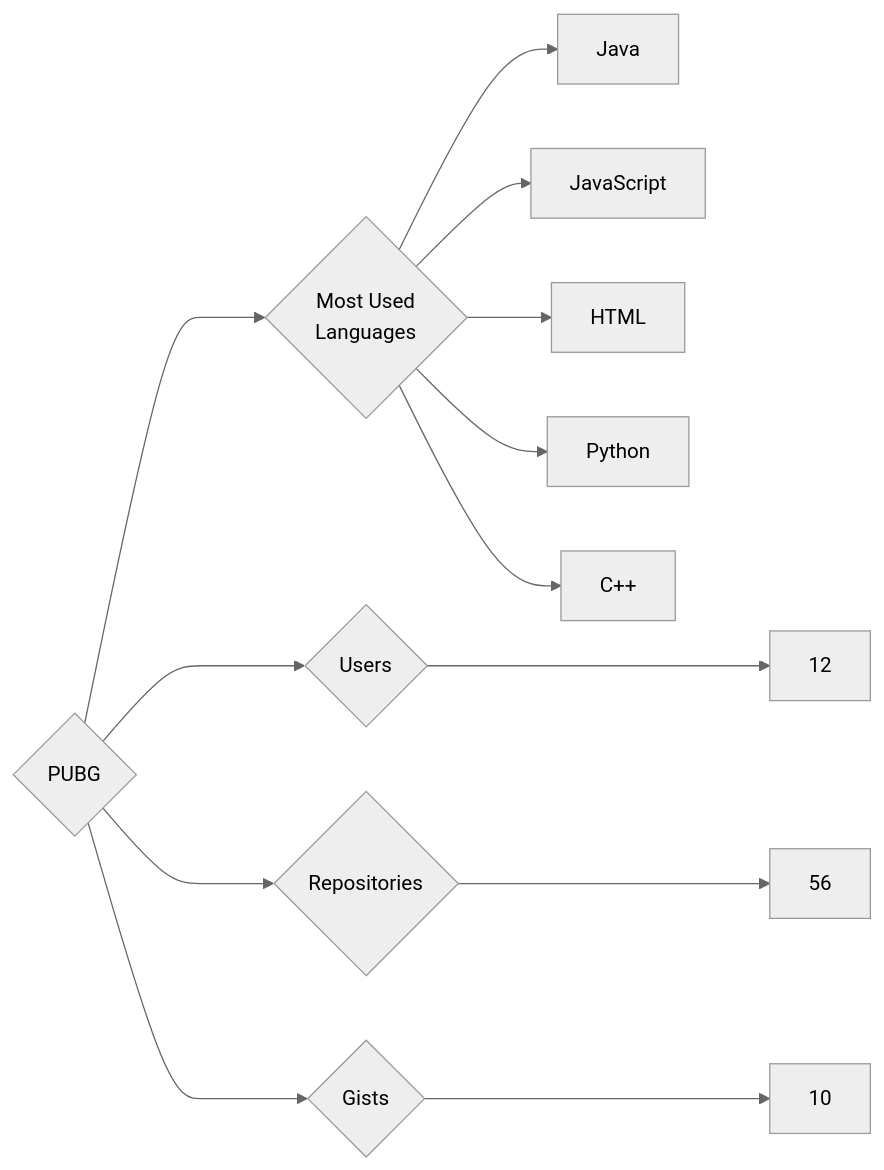
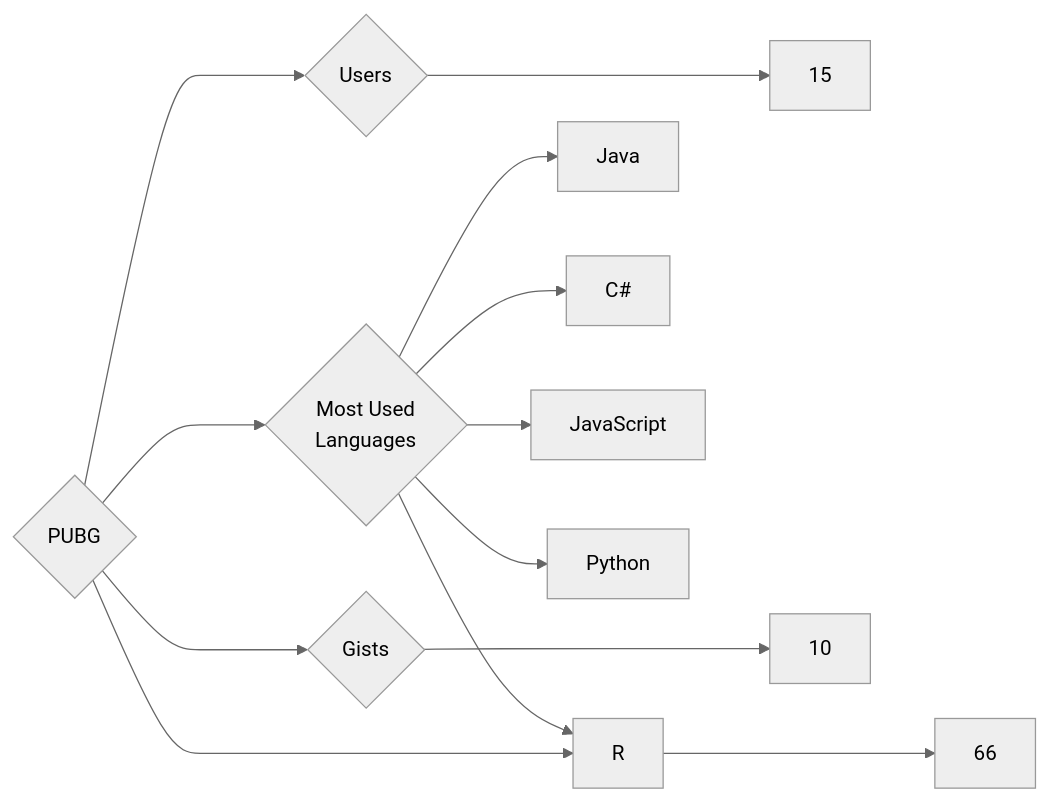
One commit to trickest/insiders changed the diagram in targets/PUBG/README.md. Above: the diagram before and after it, drawn with Mermaid (neutral theme). The commit also changed 773 other files, not shown here.

````diff
--- a/targets/PUBG/README.md
+++ b/targets/PUBG/README.md
@@ -3,13 +3,13 @@
 ```mermaid
 graph LR
 COMPANY_NAME{PUBG}
-COMPANY_NAME ---> U{Users} ---> UN[12]
-COMPANY_NAME ---> R{Repositories} ---> RN[56]
+COMPANY_NAME ---> U{Users} ---> UN[15]
+COMPANY_NAME ---> R{Repositories} ---> RN[66]
 COMPANY_NAME ---> G{Gists} ---> GN[10]
 COMPANY_NAME ---> ML{Most Used<br>Languages}
 ML --> Java[Java]
+ML --> C#[C#]
+ML --> R[R]
 ML --> JavaScript[JavaScript]
-ML --> HTML[HTML]
 ML --> Python[Python]
-ML --> C++[C++]
 ```
````
